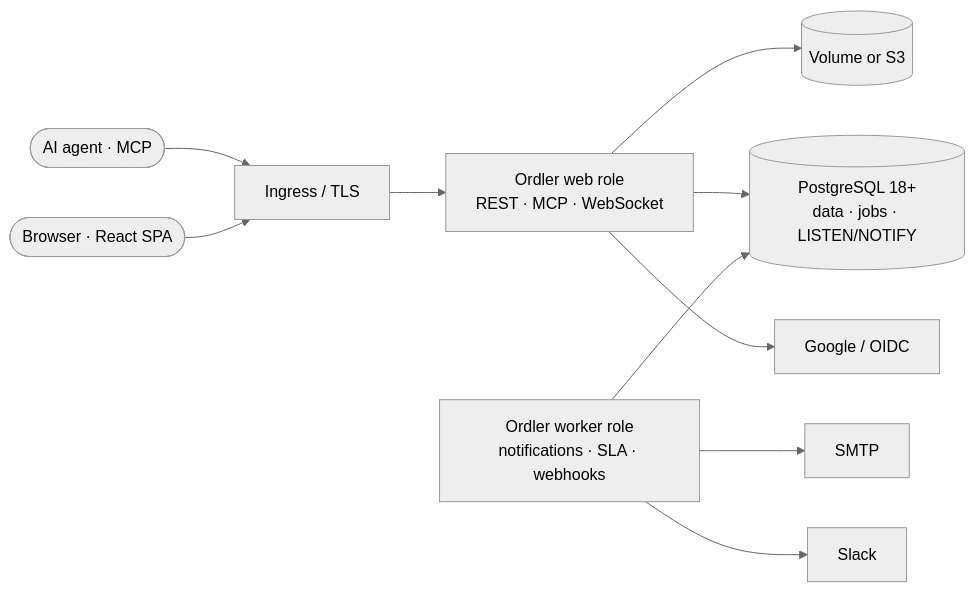
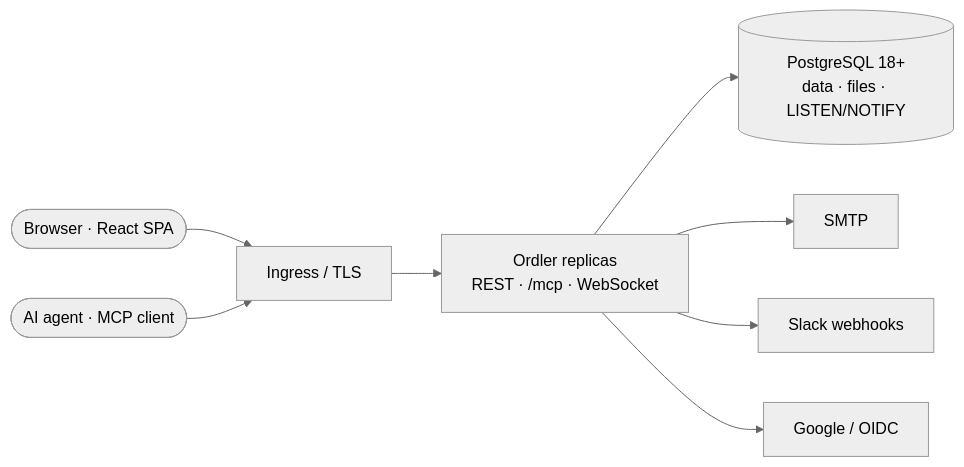
Before and after one commit to Elkhan-Isayev/ordler: the second of 2 diagrams in README.md, drawn with Mermaid (neutral theme). The commit also changed other lines of this file and 2 other files, not shown here.

Commit message:
docs: README for the complete MVP; chart 0.2.0

````diff
--- a/README.md
+++ b/README.md
@@ -102,12 +105,10 @@
 ```mermaid
 flowchart LR
     browser([Browser · React SPA]) --> ingress[Ingress / TLS]
-    agent([AI agent · MCP]) --> ingress
-    ingress --> web[Ordler web role<br/>REST · MCP · WebSocket]
-    worker[Ordler worker role<br/>notifications · SLA · webhooks] --> pg
-    web --> pg[(PostgreSQL 18+<br/>data · jobs · LISTEN/NOTIFY)]
-    web --> files[(Volume or S3)]
-    worker --> smtp[SMTP]
-    worker --> slack[Slack]
-    web --> idp[Google / OIDC]
+    agent([AI agent · MCP client]) --> ingress
+    ingress --> app[Ordler replicas<br/>REST · /mcp · WebSocket]
+    app --> pg[(PostgreSQL 18+<br/>data · files · LISTEN/NOTIFY)]
+    app --> smtp[SMTP]
+    app --> slack[Slack webhooks]
+    app --> idp[Google / OIDC]
 ```
````
